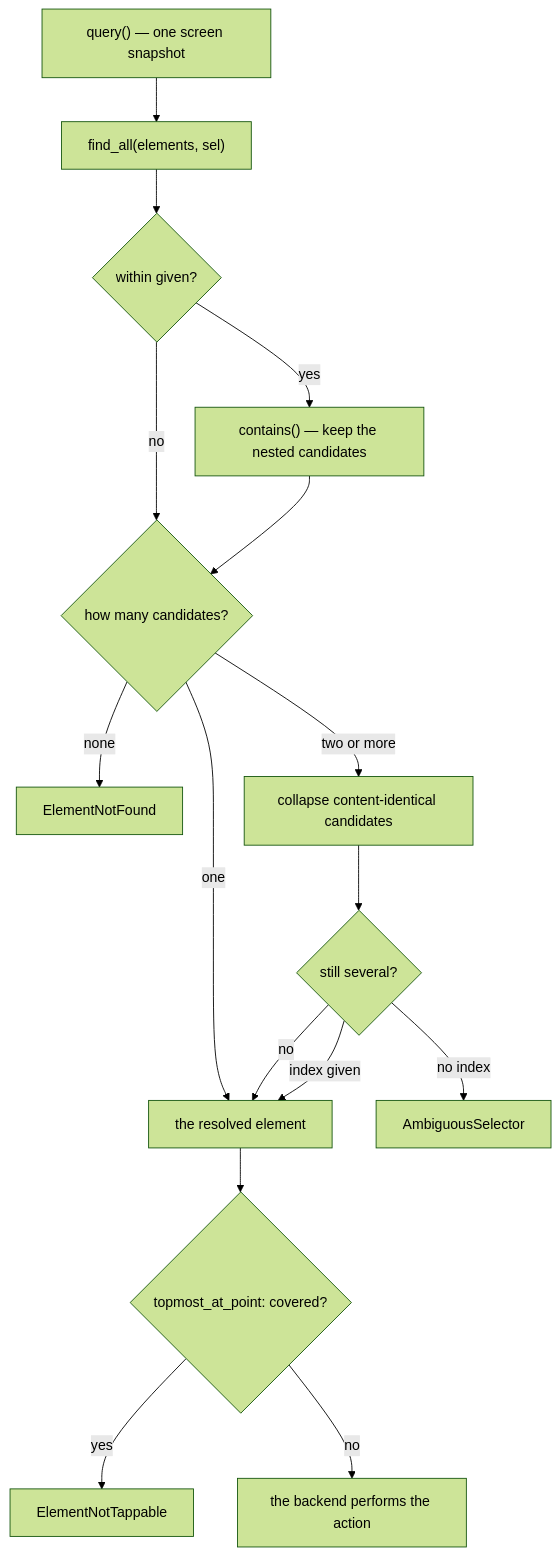
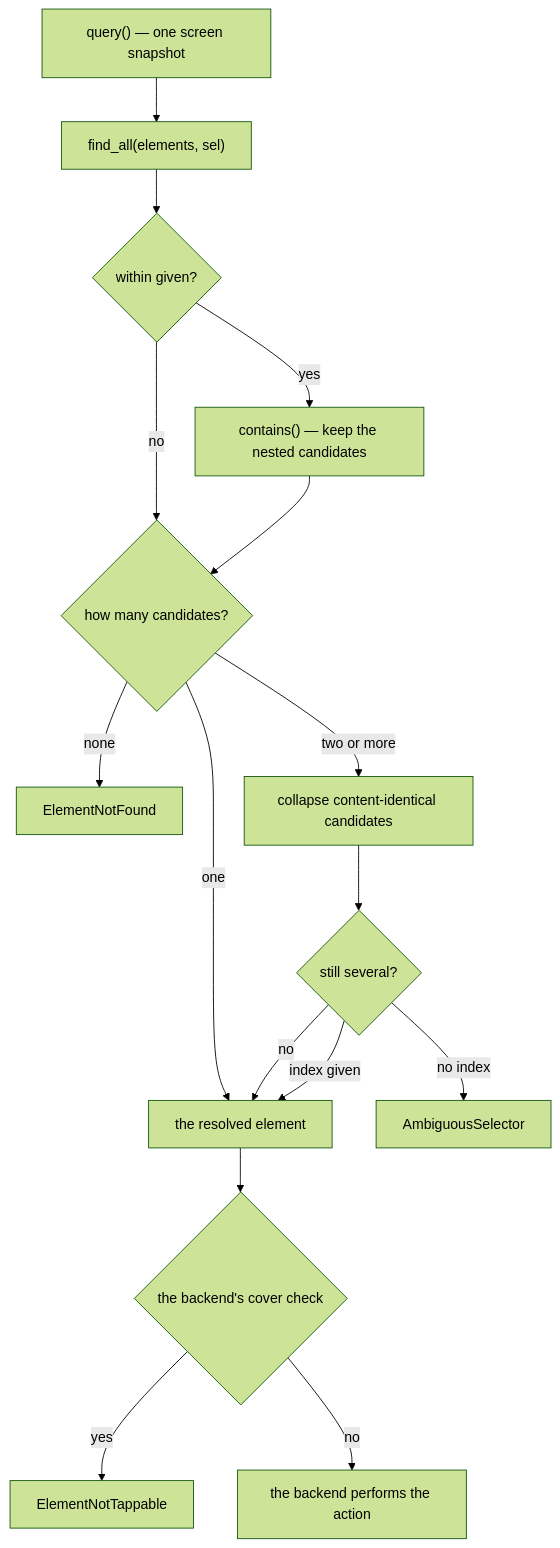
One commit to bajutsu-e2e/bajutsu changed the seventh of 12 diagrams in docs/developer-guide.md. Above: the diagram before and after it, drawn with Mermaid (forest theme). The commit also changed other lines of this file and 7 other files, not shown here.

````diff
--- a/docs/developer-guide.md
+++ b/docs/developer-guide.md
@@ -773,18 +773,18 @@
 ```mermaid
 flowchart TB
     q["query() — one screen snapshot"] --> fa["find_all(elements, sel)"]
     fa --> w{"within given?"}
     w -->|yes| ct["contains() — keep the nested candidates"]
     w -->|no| n
     ct --> n{"how many candidates?"}
     n -->|none| e1["ElementNotFound"]
     n -->|one| ok["the resolved element"]
     n -->|two or more| dup["collapse content-identical candidates"]
     dup --> ix{"still several?"}
     ix -->|no| ok
     ix -->|index given| ok
     ix -->|no index| e2["AmbiguousSelector"]
-    ok --> cov{"topmost_at_point: covered?"}
+    ok --> cov{"the backend's cover check"}
     cov -->|yes| e3["ElementNotTappable"]
     cov -->|no| act["the backend performs the action"]
 ```
````
